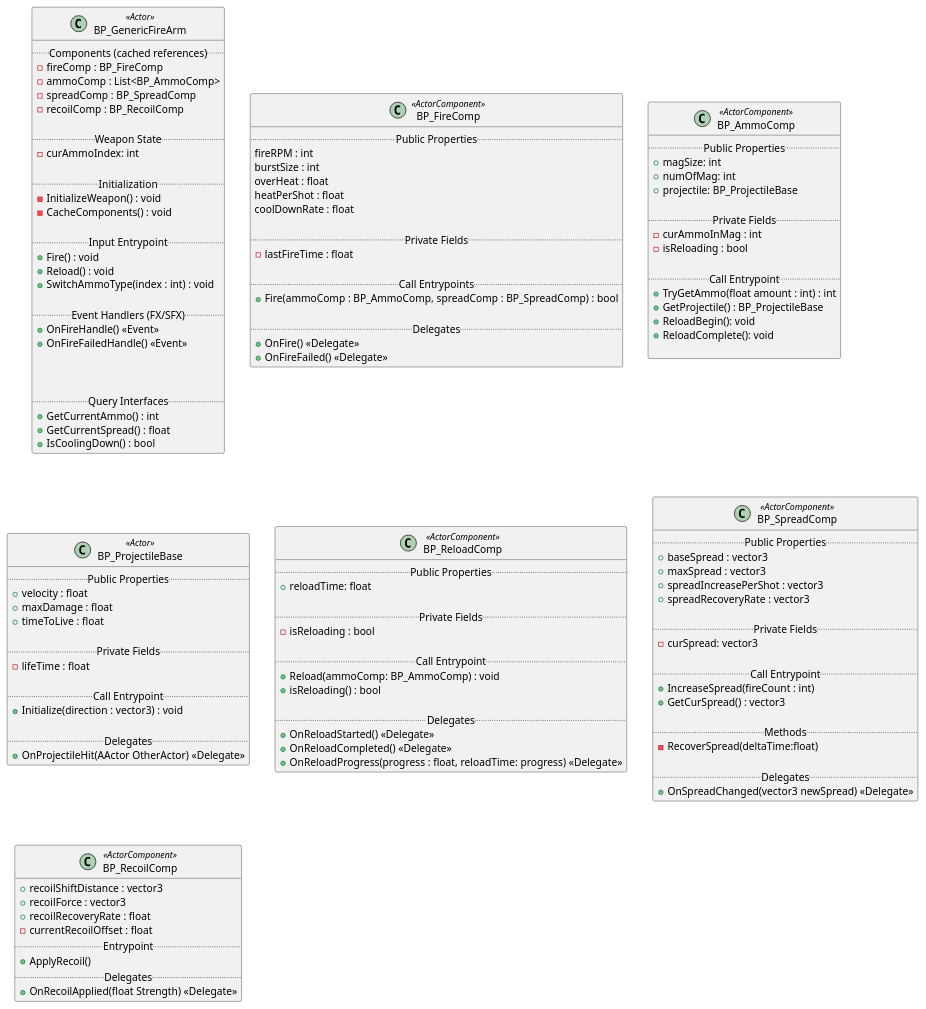
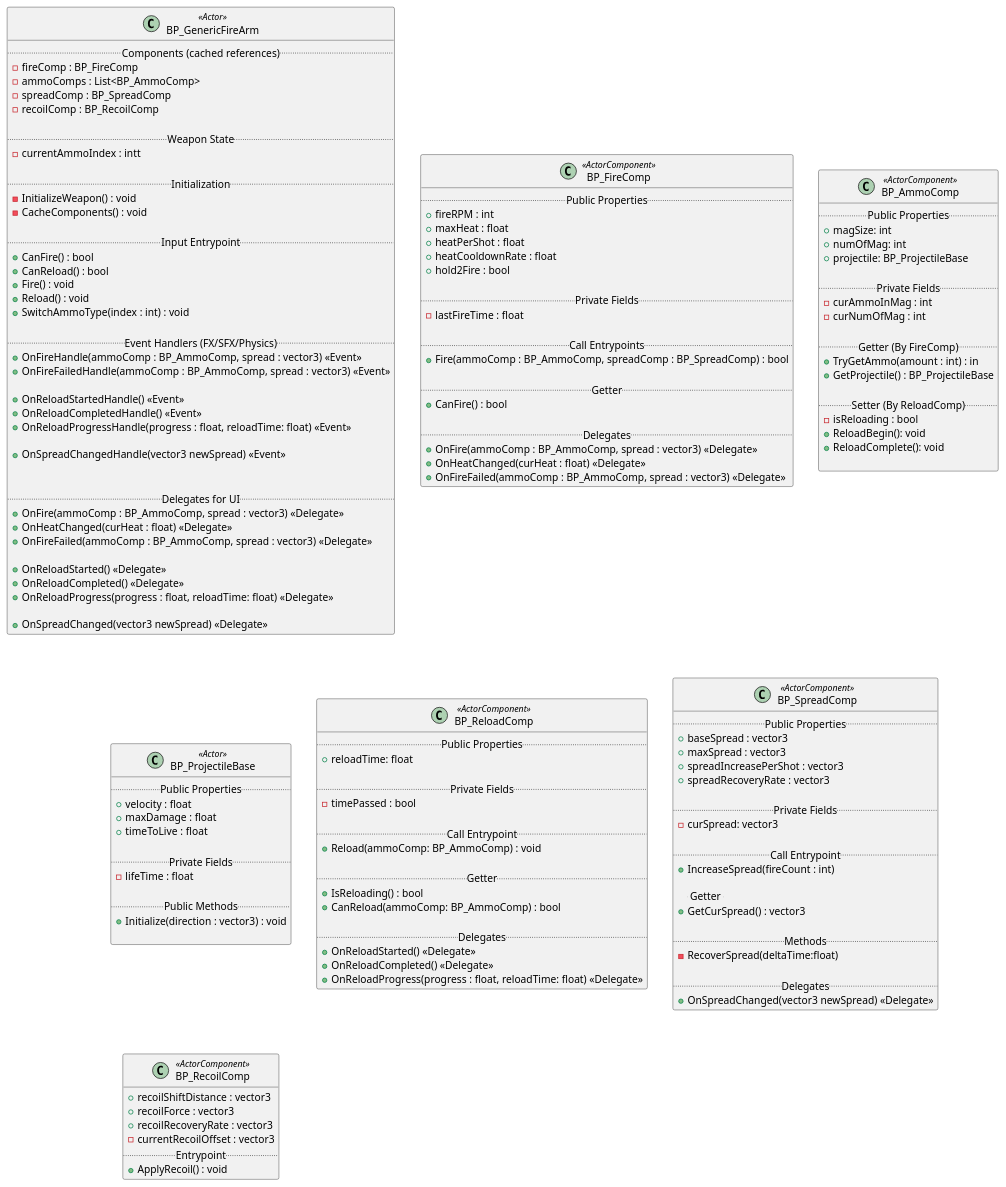
The diagram in V0.1WeaponSystem/weapon.puml (leemojiang/UEGameDesign), drawn with PlantUML before and after one commit. The commit also changed 1 other file, not shown here.

```diff
--- a/V0.1WeaponSystem/weapon.puml
+++ b/V0.1WeaponSystem/weapon.puml
@@ -1,164 +1,193 @@
 @startuml
 ' skinparam classAttributeIconSize 0
 
 ' ===========================
 ' 武器 Actor
 ' ===========================
 class BP_GenericFireArm <<Actor>> {
     .. Components (cached references)..
     -fireComp : BP_FireComp
-    -ammoComp : List<BP_AmmoComp>
+    -ammoComps : List<BP_AmmoComp>
     -spreadComp : BP_SpreadComp
     -recoilComp : BP_RecoilComp
 
     .. Weapon State ..
     ' -bIsReloading : bool
     ' -currentAmmo : int
-    - curAmmoIndex: int
+    - currentAmmoIndex : intt
 
     .. Initialization ..
     -InitializeWeapon() : void
     -CacheComponents() : void
 
     .. Input Entrypoint ..
+    +CanFire() : bool
+    +CanReload() : bool
     +Fire() : void
     +Reload() : void
     +SwitchAmmoType(index : int) : void
 
-    .. Event Handlers (FX/SFX) ..
-    +OnFireHandle() <<Event>>
-    +OnFireFailedHandle() <<Event>>
+    .. Event Handlers (FX/SFX/Physics) ..
+    +OnFireHandle(ammoComp : BP_AmmoComp, spread : vector3) <<Event>>
+    +OnFireFailedHandle(ammoComp : BP_AmmoComp, spread : vector3) <<Event>>
+
+    +OnReloadStartedHandle() <<Event>>
+    +OnReloadCompletedHandle() <<Event>>
+    +OnReloadProgressHandle(progress : float, reloadTime: float) <<Event>>  
+
+    + OnSpreadChangedHandle(vector3 newSpread) <<Event>>
     
+    ' .. Getter Interfaces ..
+    ' +GetCurrentAmmo() : int
+    ' +GetCurrentAmmoComp() : BP_AmmoComp
+    ' +GetCurrentSpread() : vector3
 
+    .. Delegates for UI ..
+    +OnFire(ammoComp : BP_AmmoComp, spread : vector3) <<Delegate>>
+    +OnHeatChanged(curHeat : float) <<Delegate>>
+    +OnFireFailed(ammoComp : BP_AmmoComp, spread : vector3) <<Delegate>>
 
-    .. Query Interfaces ..
-    +GetCurrentAmmo() : int
-    +GetCurrentSpread() : float
-    +IsCoolingDown() : bool
+    +OnReloadStarted() <<Delegate>>
+    +OnReloadCompleted() <<Delegate>>
+    +OnReloadProgress(progress : float, reloadTime: float) <<Delegate>>  
+
+    +OnSpreadChanged(vector3 newSpread) <<Delegate>>
 }
 
 ' ===========================
 ' FireComp（开火逻辑）
 ' ===========================
 class BP_FireComp <<ActorComponent>> {
     ..Public Properties..
-    fireRPM : int
-    burstSize : int
-    overHeat : float
-    heatPerShot : float
-    coolDownRate : float
+    +fireRPM : int
+    +maxHeat : float
+    +heatPerShot : float
+    +heatCooldownRate : float
+    +hold2Fire : bool
 
     .. Private Fields..
     -lastFireTime : float
 
     .. Call Entrypoints ..
     +Fire(ammoComp : BP_AmmoComp, spreadComp : BP_SpreadComp) : bool
 
+    .. Getter ..
+    + CanFire() : bool
+
     .. Delegates ..
-    +OnFire() <<Delegate>>
-    +OnFireFailed() <<Delegate>>
+    +OnFire(ammoComp : BP_AmmoComp, spread : vector3) <<Delegate>>
+    +OnHeatChanged(curHeat : float) <<Delegate>>
+    +OnFireFailed(ammoComp : BP_AmmoComp, spread : vector3) <<Delegate>>
 }
 
 ' ===========================
 ' AmmoComp（弹药逻辑）
 ' ===========================
 class BP_AmmoComp <<ActorComponent>> {
     ..Public Properties..
     +magSize: int
     +numOfMag: int
     +projectile: BP_ProjectileBase
 
     .. Private Fields..
     - curAmmoInMag : int
+    - curNumOfMag : int
+
+    .. Getter (By FireComp) ..
+    + TryGetAmmo(amount : int) : in
+    + GetProjectile() : BP_ProjectileBase
+
+    .. Setter (By ReloadComp) ..
+    ' 写入统一由ReloadComp, FireComp只读
     - isReloading : bool
-
-    .. Call Entrypoint ..
-    + TryGetAmmo(float amount : int) : int
-    + GetProjectile() : BP_ProjectileBase
     + ReloadBegin(): void
     + ReloadComplete(): void
     
 }
 
 ' ===========================
 ' BP_ProjectileBase（弹道基类）
 ' ===========================
 
 class BP_ProjectileBase <<Actor>> {
     .. Public Properties ..
     +velocity : float
     +maxDamage : float
     +timeToLive : float
     
     .. Private Fields ..
     -lifeTime : float
 
-    .. Call Entrypoint ..
+    .. Public Methods ..
     + Initialize(direction : vector3) : void
 
-    .. Delegates ..
-    + OnProjectileHit(AActor OtherActor) <<Delegate>>
+    ' .. Delegates ..
+    ' + OnProjectileHit(AActor OtherActor) <<Delegate>>
 }
 
 
 ' ===========================
 ' ReloadComp（装弹逻辑）
 ' ===========================
 class BP_ReloadComp <<ActorComponent>> {
     ..Public Properties..
-    +reloadTime: float
+    + reloadTime: float
 
     .. Private Fields..
-    - isReloading : bool
+    - timePassed : bool
 
     .. Call Entrypoint ..
     + Reload(ammoComp: BP_AmmoComp) : void
-    + isReloading() : bool
+    '开始的时候把ammo设置成isReloading = True 结束后设置成false.
+
+    .. Getter ..
+    + IsReloading() : bool
+    + CanReload(ammoComp: BP_AmmoComp) : bool
     
     .. Delegates ..
     +OnReloadStarted() <<Delegate>>
     +OnReloadCompleted() <<Delegate>>
-    +OnReloadProgress(progress : float, reloadTime: progress) <<Delegate>>  
+    +OnReloadProgress(progress : float, reloadTime: float) <<Delegate>>  
 }
 
 
 
 ' ===========================
 ' SpreadComp（散布逻辑）
 ' ===========================
 class BP_SpreadComp <<ActorComponent>> {
     ..Public Properties..
     + baseSpread : vector3
     + maxSpread : vector3
     + spreadIncreasePerShot : vector3
     + spreadRecoveryRate : vector3
 
     .. Private Fields..
     - curSpread: vector3
     
     .. Call Entrypoint ..
-    +IncreaseSpread(fireCount : int)    
+    +IncreaseSpread(fireCount : int) 
+
+    .. Getter ..   
     +GetCurSpread() : vector3
     
     .. Methods..
     - RecoverSpread(deltaTime:float)
 
     .. Delegates ..
-    +OnSpreadChanged(vector3 newSpread) <<Delegate>>
+    + OnSpreadChanged(vector3 newSpread) <<Delegate>>
 }
 
 ' ===========================
-' RecoilComp（后坐力逻辑）
+' RecoilComp（后坐力逻辑/类似VFX）
 ' ===========================
 class BP_RecoilComp <<ActorComponent>> {
     +recoilShiftDistance : vector3
     +recoilForce : vector3
-    +recoilRecoveryRate : float
-    -currentRecoilOffset : float
+    +recoilRecoveryRate : vector3
+    -currentRecoilOffset : vector3
     .. Entrypoint  ..
-    +ApplyRecoil()
-    .. Delegates ..
-    +OnRecoilApplied(float Strength) <<Delegate>>
+    +ApplyRecoil() : void    
 }
 
 @enduml
```
